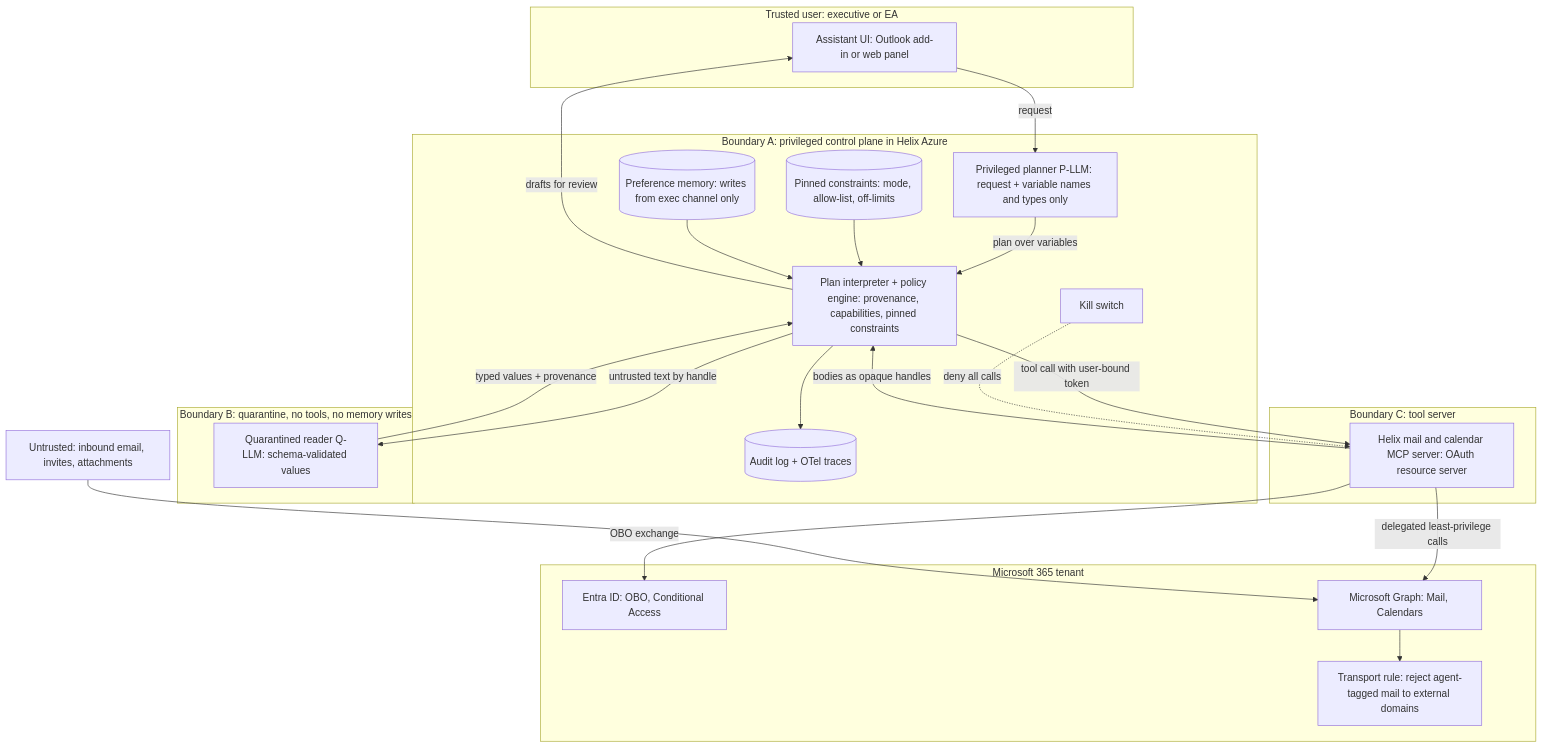
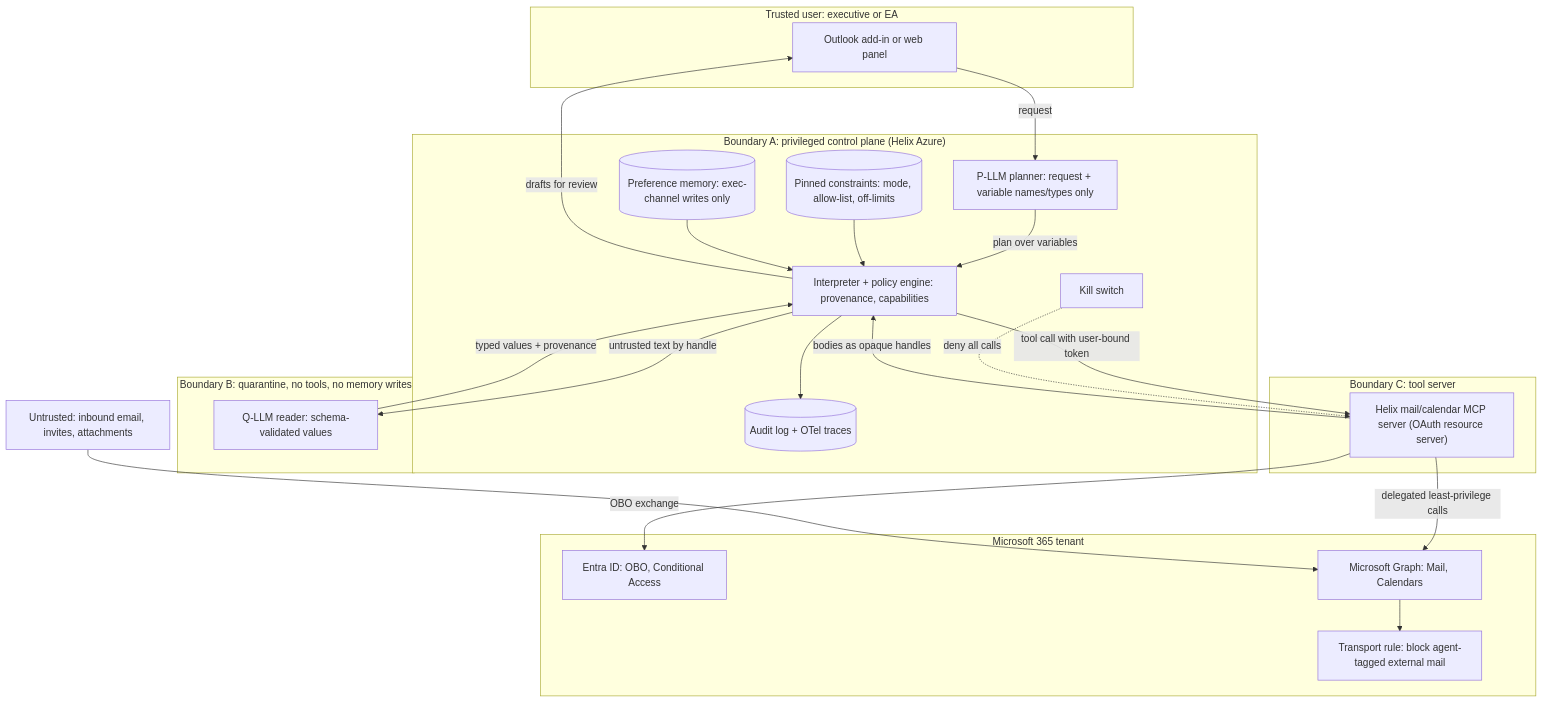
One commit to nagarjunak-pixel/02-autogpt-autonomous-agent changed the diagram in curriculum/projects/P06-injection-resistant-inbox-agent.md. Above: the diagram before and after it, drawn with Mermaid. The commit also changed other lines of this file and 1 other file, not shown here.

````diff
--- a/curriculum/projects/P06-injection-resistant-inbox-agent.md
+++ b/curriculum/projects/P06-injection-resistant-inbox-agent.md
@@ -141,41 +132,41 @@
 ```mermaid
 flowchart TB
   subgraph T0["Trusted user: executive or EA"]
-    UI["Assistant UI: Outlook add-in or web panel"]
+    UI["Outlook add-in or web panel"]
   end
-  subgraph T1["Boundary A: privileged control plane in Helix Azure"]
-    PL["Privileged planner P-LLM: request + variable names and types only"]
-    INT["Plan interpreter + policy engine: provenance, capabilities, pinned constraints"]
+  subgraph T1["Boundary A: privileged control plane (Helix Azure)"]
+    PL["P-LLM planner: request + variable names/types only"]
+    INT["Interpreter + policy engine: provenance, capabilities"]
     PIN[("Pinned constraints: mode, allow-list, off-limits")]
-    MEM[("Preference memory: writes from exec channel only")]
+    MEM[("Preference memory: exec-channel writes only")]
     AUD[("Audit log + OTel traces")]
     KS["Kill switch"]
   end
   subgraph T2["Boundary B: quarantine, no tools, no memory writes"]
-    Q["Quarantined reader Q-LLM: schema-validated values"]
+    Q["Q-LLM reader: schema-validated values"]
   end
   subgraph T3["Boundary C: tool server"]
-    MCP["Helix mail and calendar MCP server: OAuth resource server"]
+    MCP["Helix mail/calendar MCP server (OAuth resource server)"]
   end
   subgraph T4["Microsoft 365 tenant"]
     ENTRA["Entra ID: OBO, Conditional Access"]
     GRAPH["Microsoft Graph: Mail, Calendars"]
-    EXO["Transport rule: reject agent-tagged mail to external domains"]
+    EXO["Transport rule: block agent-tagged external mail"]
   end
   EXT["Untrusted: inbound email, invites, attachments"]
   UI -->|request| PL
   PL -->|plan over variables| INT
   PIN --> INT
   MEM --> INT
   INT -->|tool call with user-bound token| MCP
   MCP -->|OBO exchange| ENTRA
   MCP -->|delegated least-privilege calls| GRAPH
   EXT --> GRAPH
   MCP -->|bodies as opaque handles| INT
   INT -->|untrusted text by handle| Q
   Q -->|typed values + provenance| INT
   INT -->|drafts for review| UI
   INT --> AUD
   KS -.->|deny all calls| MCP
   GRAPH --> EXO
 ```
````
